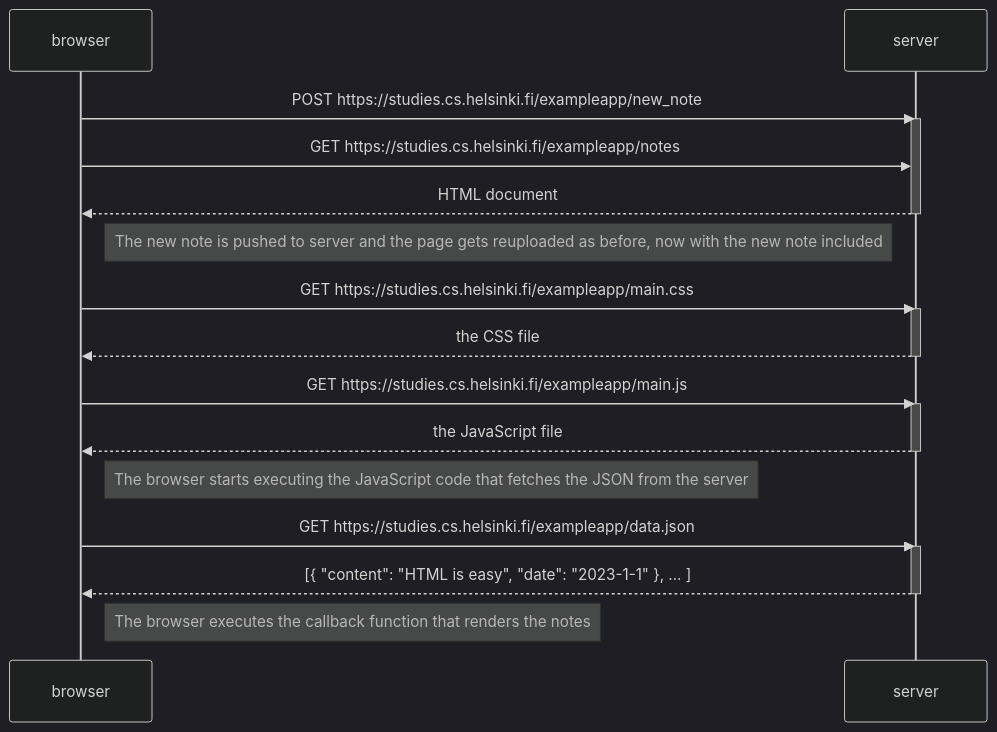
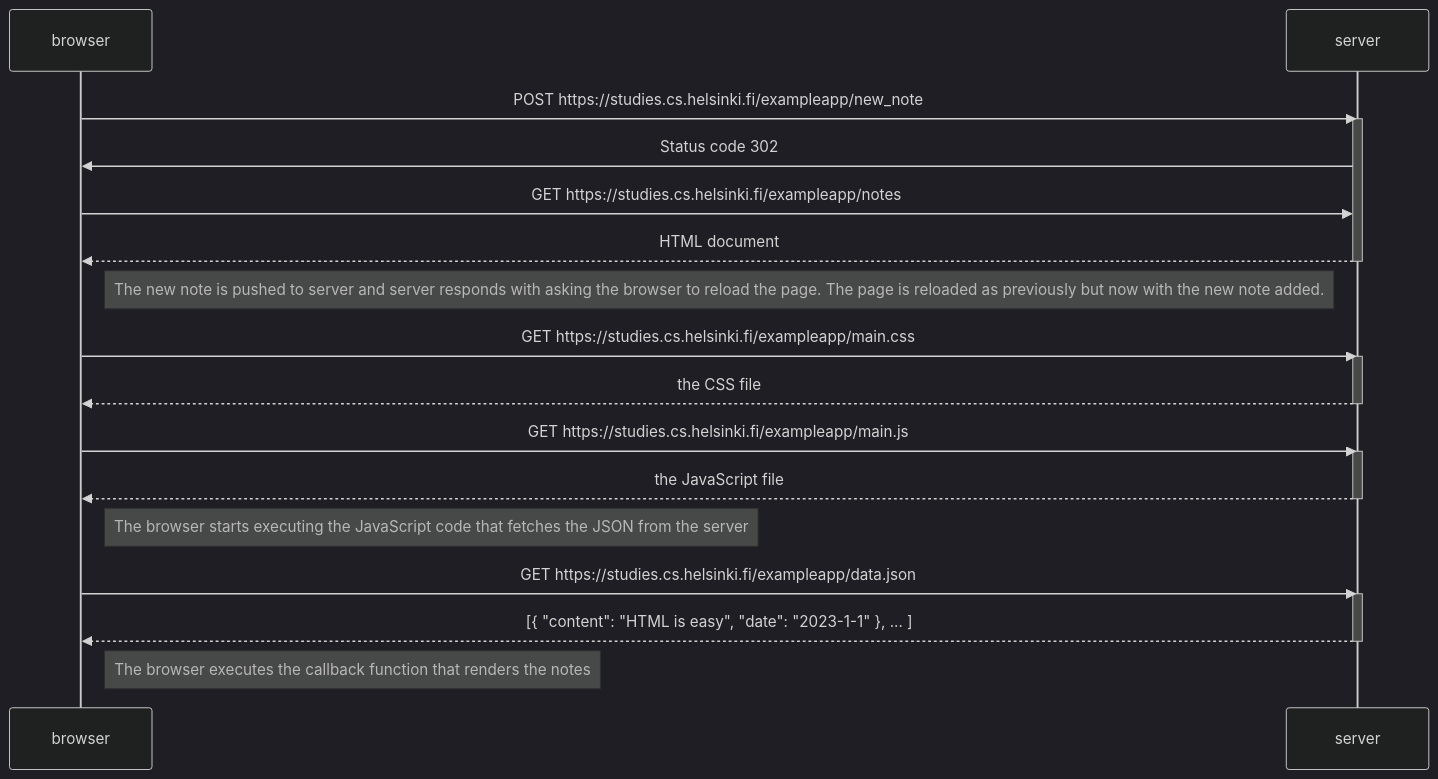
Before and after one commit to VarhoJ/FullStack: the diagram in part0/04.md, drawn with Mermaid (dark theme).

````diff
--- a/part0/04.md
+++ b/part0/04.md
@@ -3,31 +3,32 @@
 ```mermaid
 sequenceDiagram
     participant browser
     participant server
     
     browser->>server: POST https://studies.cs.helsinki.fi/exampleapp/new_note
     activate server
+    server->>browser: Status code 302
     browser->>server: GET https://studies.cs.helsinki.fi/exampleapp/notes
     server-->>browser: HTML document
     deactivate server
-    Note right of browser: The new note is pushed to server and the page gets reuploaded as before, now with the new note included
+    Note right of browser: The new note is pushed to server and server responds with asking the browser to reload the page. The page is reloaded as previously but now with the new note added.
     
     browser->>server: GET https://studies.cs.helsinki.fi/exampleapp/main.css
     activate server
     server-->>browser: the CSS file
     deactivate server
     
     browser->>server: GET https://studies.cs.helsinki.fi/exampleapp/main.js
     activate server
     server-->>browser: the JavaScript file
     deactivate server
     
     Note right of browser: The browser starts executing the JavaScript code that fetches the JSON from the server
     
     browser->>server: GET https://studies.cs.helsinki.fi/exampleapp/data.json
     activate server
     server-->>browser: [{ "content": "HTML is easy", "date": "2023-1-1" }, ... ]
     deactivate server    
 
     Note right of browser: The browser executes the callback function that renders the notes 
 ```
````
